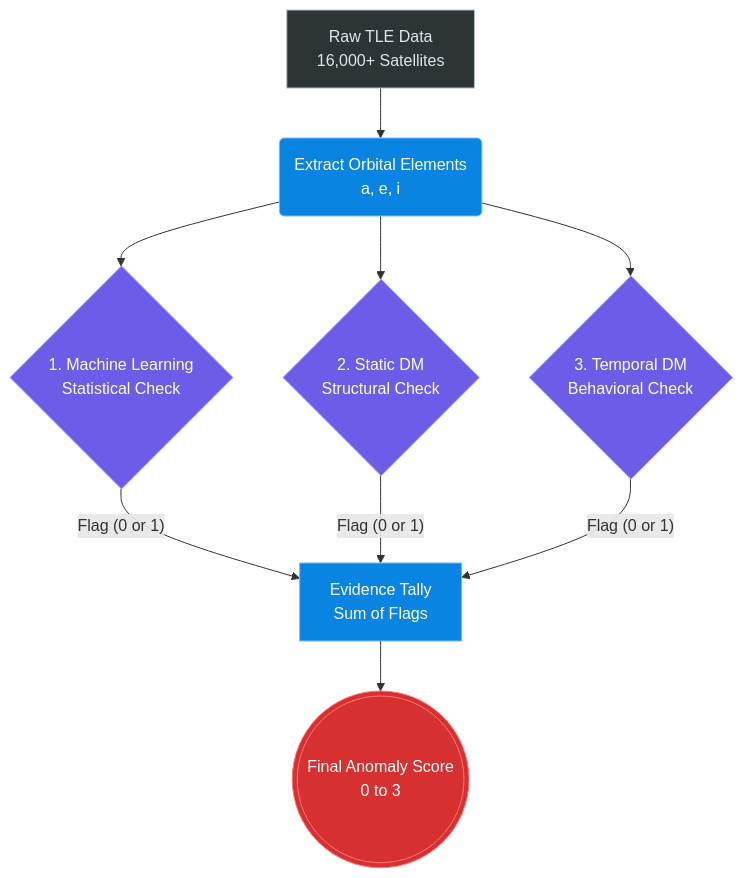
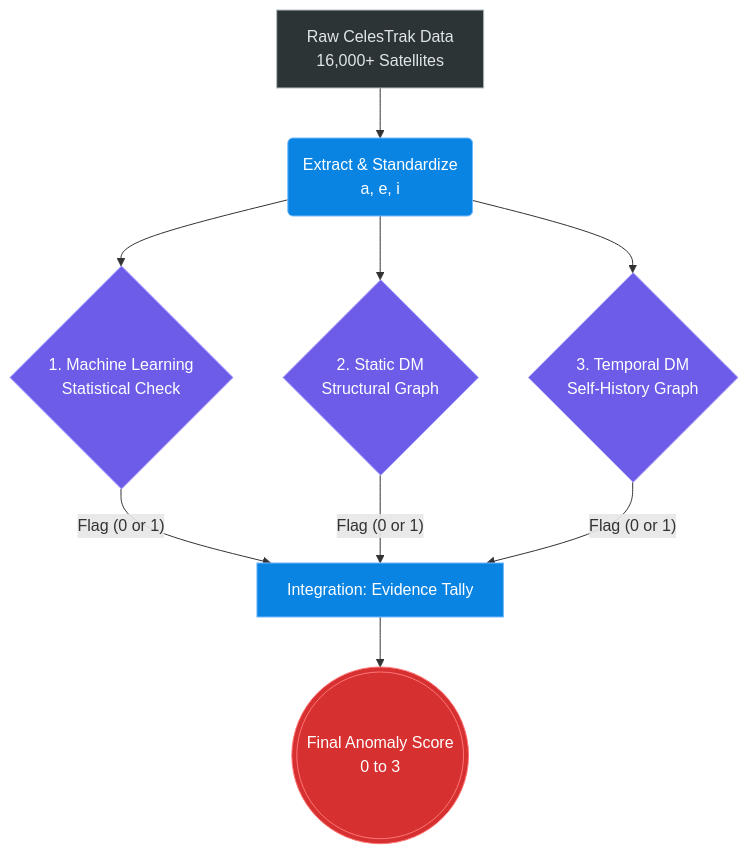
The diagram in docs/midsem_review.md (Sushrut2007/discrete-math-project), drawn with Mermaid before and after one commit. The commit also changed other lines of this file, not shown here.

````diff
--- a/docs/midsem_review.md
+++ b/docs/midsem_review.md
@@ -25,20 +25,20 @@
 ```mermaid
 flowchart TD
     %% Styling
     classDef raw fill:#2d3436,stroke:#b2bec3,color:#dfe6e9
     classDef process fill:#0984e3,stroke:#74b9ff,color:#fff
     classDef check fill:#6c5ce7,stroke:#a29bfe,color:#fff
     classDef final fill:#d63031,stroke:#ff7675,color:#fff
 
-    A[Raw TLE Data \n 16,000+ Satellites]:::raw --> B(Extract Orbital Elements \n a, e, i):::process
+    A[Raw CelesTrak Data \n 16,000+ Satellites]:::raw --> B(Extract & Standardize \n a, e, i):::process
     
     B --> C{1. Machine Learning \n Statistical Check}:::check
-    B --> D{2. Static DM \n Structural Check}:::check
-    B --> E{3. Temporal DM \n Behavioral Check}:::check
+    B --> D{2. Static DM \n Structural Graph}:::check
+    B --> E{3. Temporal DM \n Self-History Graph}:::check
     
-    C -- "Flag (0 or 1)" --> F[Evidence Tally \n Sum of Flags]:::process
+    C -- "Flag (0 or 1)" --> F[Integration: Evidence Tally]:::process
     D -- "Flag (0 or 1)" --> F
     E -- "Flag (0 or 1)" --> F
     
     F --> G(((Final Anomaly Score \n 0 to 3))):::final
 ```
````
